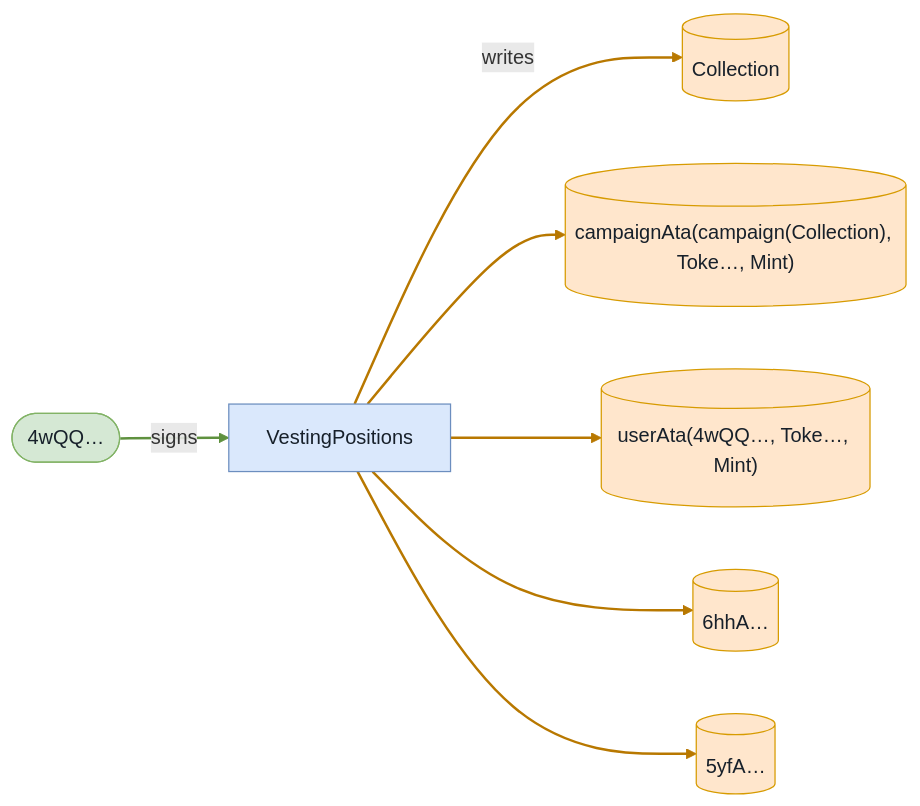
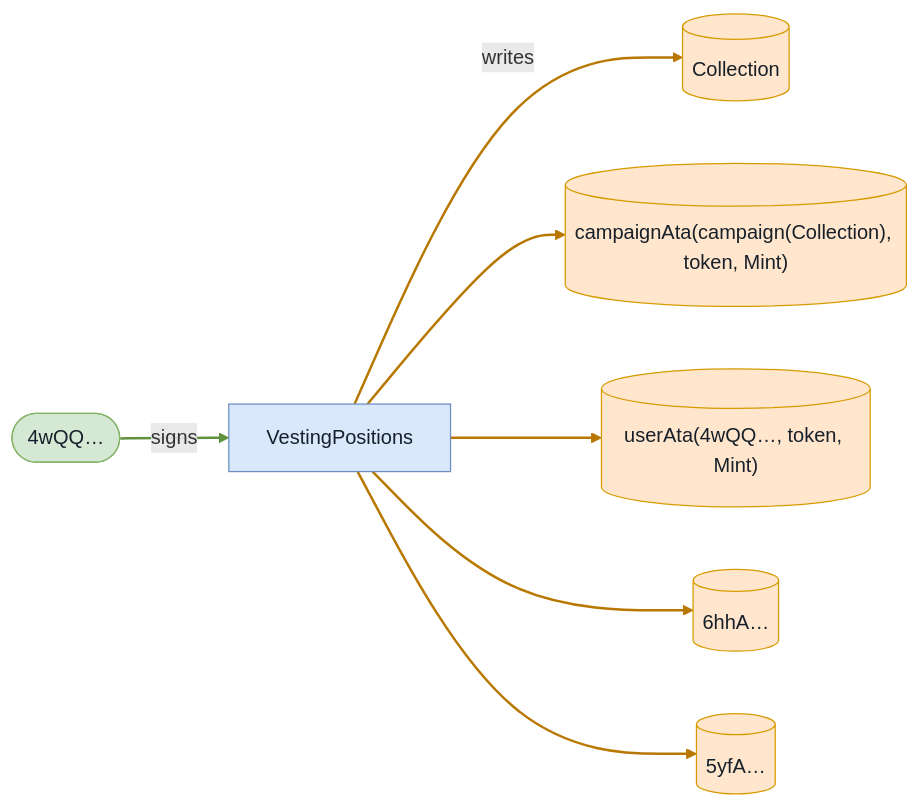
Before and after one commit to cds-turbin3/vesting-position: the eighth of 9 diagrams in babelfish-tests/test-report/scenario_1_alice_first_and_subsequent_claim.md, drawn with Mermaid. The commit also changed other lines of this file and 104 other files, not shown here.

````diff
--- a/babelfish-tests/test-report/scenario_1_alice_first_and_subsequent_claim.md
+++ b/babelfish-tests/test-report/scenario_1_alice_first_and_subsequent_claim.md
@@ -387,21 +387,21 @@
 ```mermaid
 flowchart LR
     VestingPositions["VestingPositions"]:::program
     n4wQQ(["4wQQ…"]):::signer
     Collection[("Collection")]:::state
-    campaignAtacampaignCollectionTokeMint[("campaignAta(campaign(Collection), Toke…, Mint)")]:::state
-    userAta4wQQTokeMint[("userAta(4wQQ…, Toke…, Mint)")]:::state
+    campaignAtacampaignCollectiontokenMint[("campaignAta(campaign(Collection), token, Mint)")]:::state
+    userAta4wQQtokenMint[("userAta(4wQQ…, token, Mint)")]:::state
     n6hhA[("6hhA…")]:::state
     n5yfA[("5yfA…")]:::state
     n4wQQ -->|signs| VestingPositions
     VestingPositions -->|writes| Collection
-    VestingPositions --> campaignAtacampaignCollectionTokeMint
-    VestingPositions --> userAta4wQQTokeMint
+    VestingPositions --> campaignAtacampaignCollectiontokenMint
+    VestingPositions --> userAta4wQQtokenMint
     VestingPositions --> n6hhA
     VestingPositions --> n5yfA
     classDef program fill:#dae8fc,stroke:#6c8ebf,color:#17202a;
     classDef signer fill:#d5e8d4,stroke:#82b366,color:#17202a;
     classDef state fill:#ffe6cc,stroke:#d79b00,color:#17202a;
     linkStyle 0 stroke:#5f913f,stroke-width:2px
     linkStyle 1,2,3,4,5 stroke:#b87800,stroke-width:2px
 ```
````
